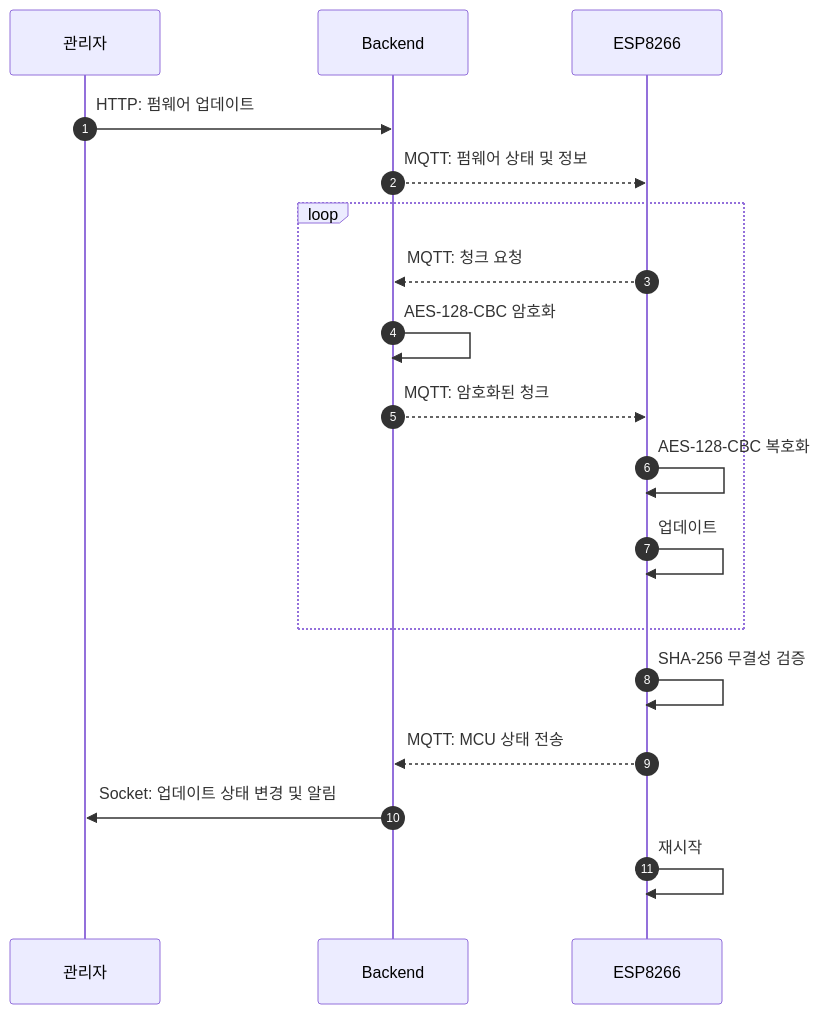
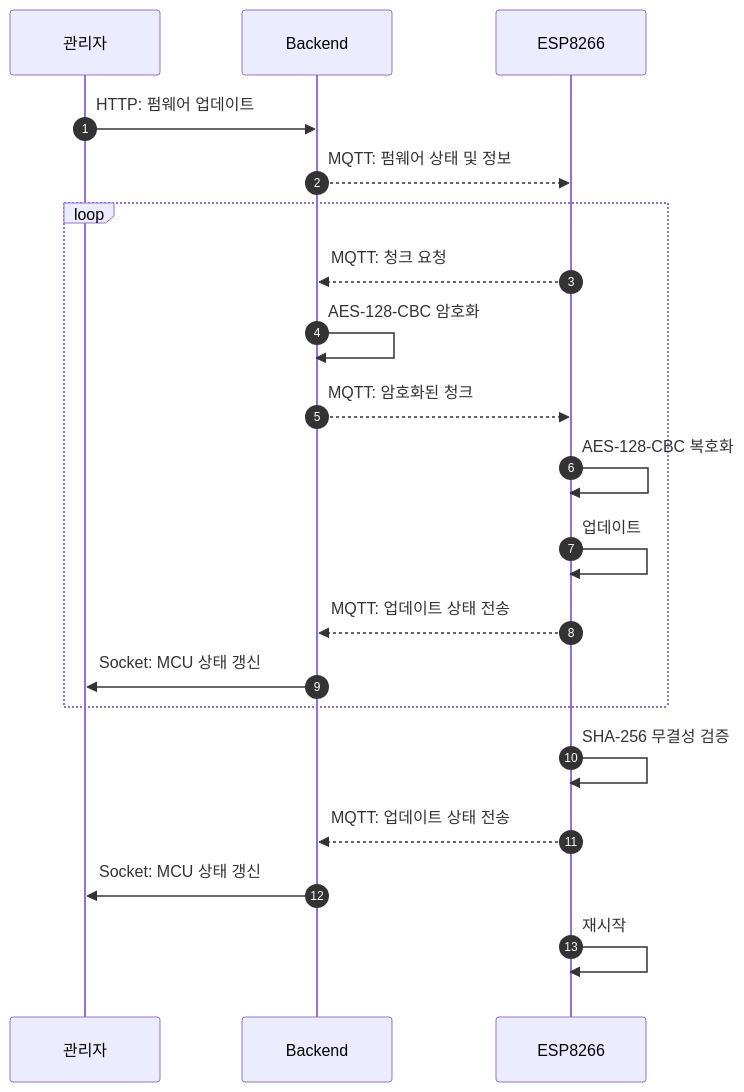
Before and after one commit to limdongsun0814/OTA: the diagram in README.md, drawn with Mermaid. The commit also changed other lines of this file, not shown here.

Commit message:
영상 찍기 전 마지막 커밋

````diff
--- a/README.md
+++ b/README.md
@@ -32,23 +32,25 @@
 ```mermaid
 %%{init: { "theme": "default", "sequence": { "boxMargin": 20, "rightAngles": true, "messageMargin": 50, "messageAlign": "left" } }}%%
 
 sequenceDiagram
     autonumber
     participant Admin as 관리자
     participant Backend as Backend
     participant MCU as ESP8266
 
     Admin->>Backend: HTTP: 펌웨어 업데이트
     Backend-->>MCU: MQTT: 펌웨어 상태 및 정보
     loop 
         MCU-->>Backend: MQTT: 청크 요청
         Backend->>Backend: AES-128-CBC 암호화<br>
         Backend-->>MCU: MQTT: 암호화된 청크
         MCU->>MCU: AES-128-CBC 복호화<br>
         MCU->>MCU: 업데이트<br>
+        MCU-->>Backend: MQTT: 업데이트 상태 전송
+        Backend->>Admin: Socket: MCU 상태 갱신
     end
     MCU->>MCU: SHA-256 무결성 검증<br>
-    MCU-->>Backend: MQTT: MCU 상태 전송
-    Backend->>Admin: Socket: 업데이트 상태 변경 및 알림
+    MCU-->>Backend: MQTT: 업데이트 상태 전송
+    Backend->>Admin: Socket: MCU 상태 갱신
     MCU->>MCU: 재시작<br>
 ```
````
